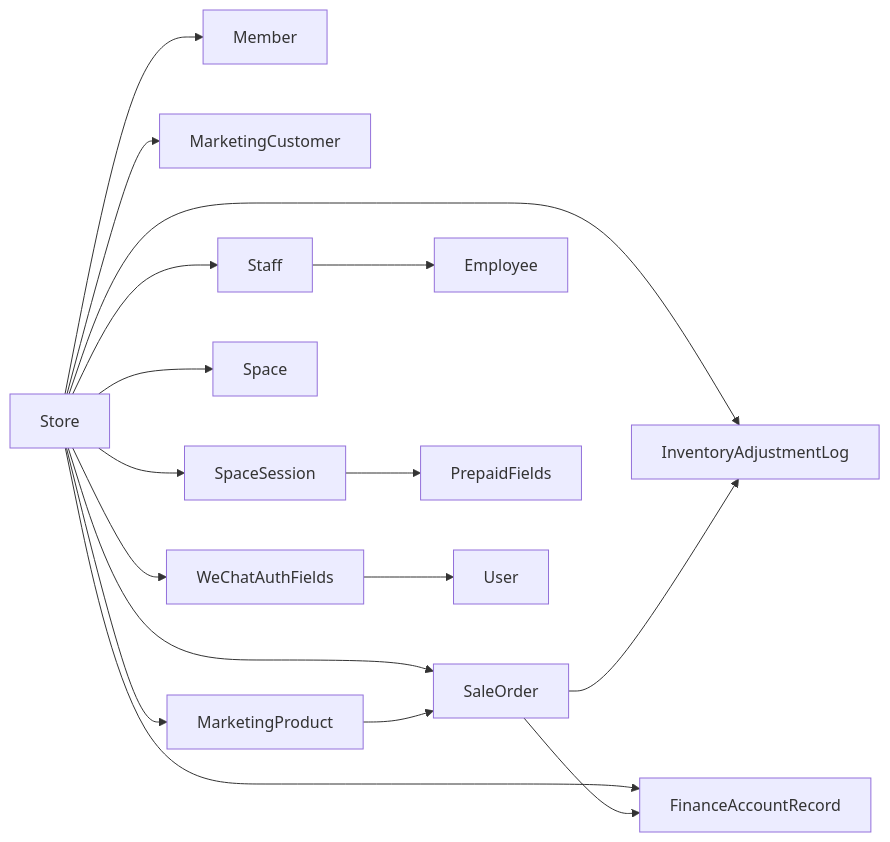
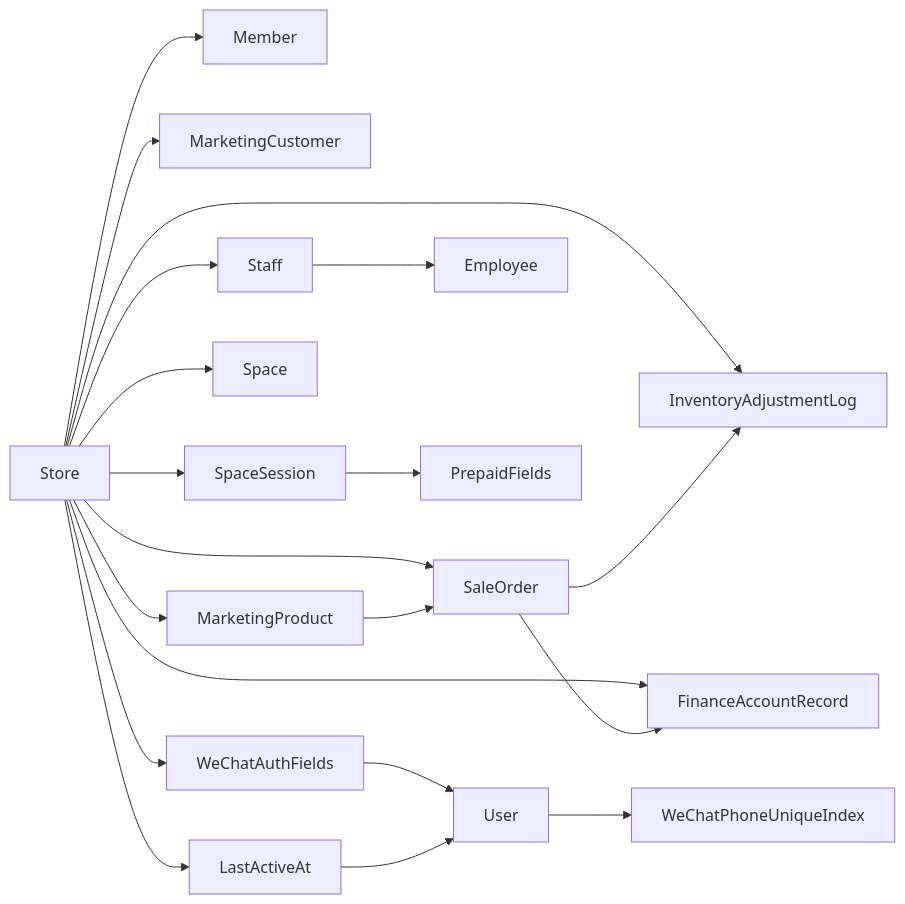
The third of 3 diagrams in .qoder/repowiki/zh/content/数据库设计/数据库设计.md (rc558620/purelyprofit-server), drawn with Mermaid before and after one commit. The commit also changed other lines of this file and 16 other files, not shown here.

````diff
--- a/.qoder/repowiki/zh/content/数据库设计/数据库设计.md
+++ b/.qoder/repowiki/zh/content/数据库设计/数据库设计.md
@@ -479,19 +497,22 @@
 ```mermaid
 graph LR
 Store["Store"] --> Member["Member"]
 Store --> Customer["MarketingCustomer"]
 Store --> Product["MarketingProduct"]
 Store --> Finance["FinanceAccountRecord"]
 Store --> Sales["SaleOrder"]
 Store --> Inventory["InventoryAdjustmentLog"]
 Store --> Staff["Staff"]
 Store --> Space["Space"]
 Store --> Session["SpaceSession"]
 Store --> WeChat["WeChatAuthFields"]
+Store --> Active["LastActiveAt"]
 Staff --> Employee["Employee"]
 Sales --> Inventory
 Sales --> Finance
 Session --> Prepaid["PrepaidFields"]
 Product --> Sales
 WeChat --> User["User"]
+Active --> User
+User --> PhoneIndex["WeChatPhoneUniqueIndex"]
 ```
````
